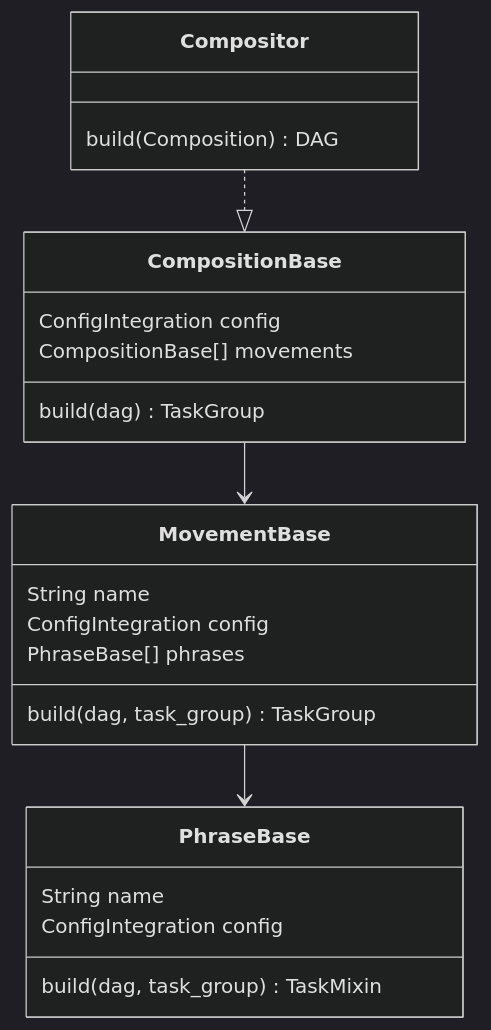
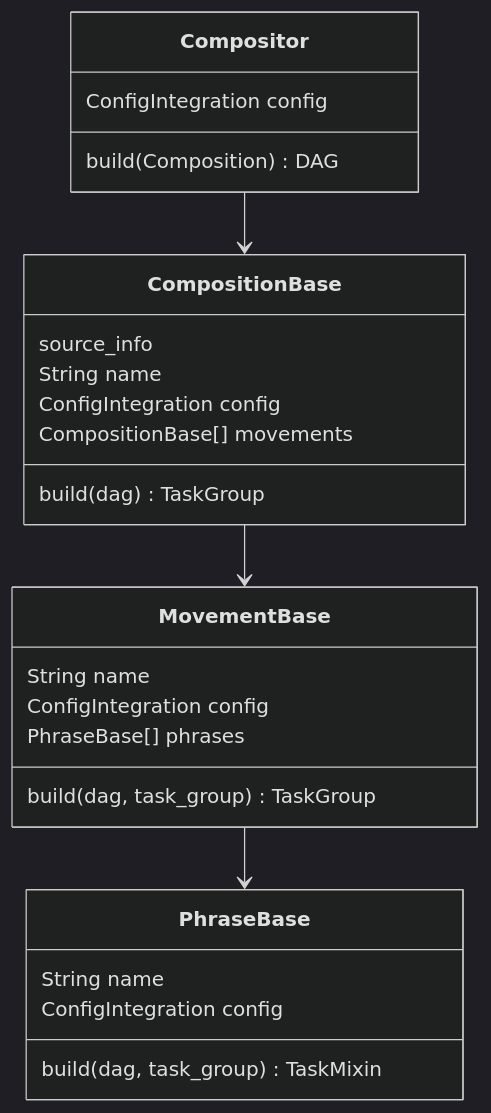
One commit to debussy-labs/debussy_concert changed the diagram in README.md. Above: the diagram before and after it, drawn with Mermaid (dark theme).

Commit message:
readme - updating class diagram

````diff
--- a/README.md
+++ b/README.md
@@ -6,25 +6,32 @@
 ```mermaid
 classDiagram
 class Compositor {
+    ConfigIntegration config
     build(Composition) DAG
 }
+
 class CompositionBase {
+    source_info
+    String name
     ConfigIntegration config
     CompositionBase[] movements
     build(dag) TaskGroup
 }
+
 class MovementBase{
     String name
     ConfigIntegration config
     PhraseBase[] phrases
     build(dag, task_group) TaskGroup
 }
+
 class PhraseBase {
     String name
     ConfigIntegration config
     build(dag, task_group) TaskMixin
 }
+
 CompositionBase --> MovementBase
 MovementBase --> PhraseBase
-Compositor ..|> CompositionBase
+Compositor --> CompositionBase
 ```
````
